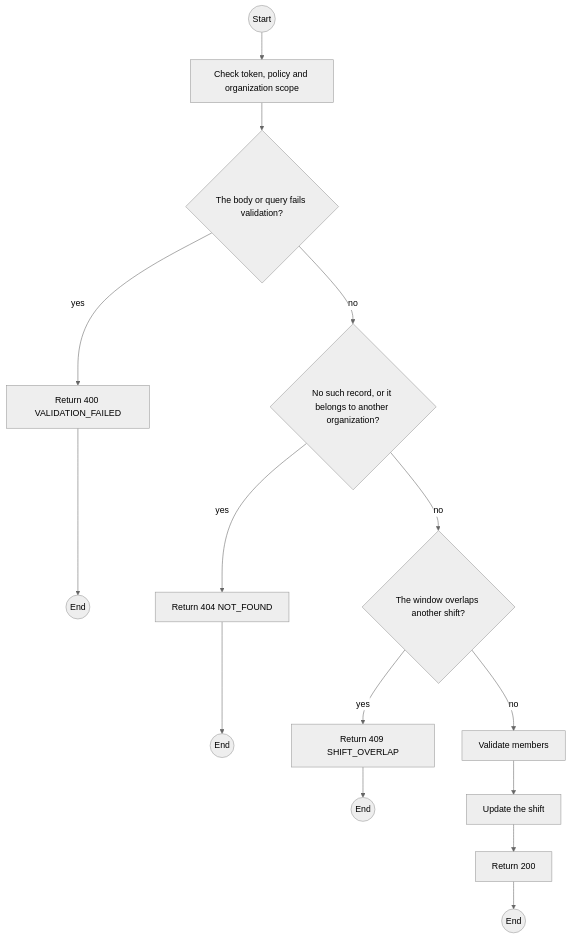
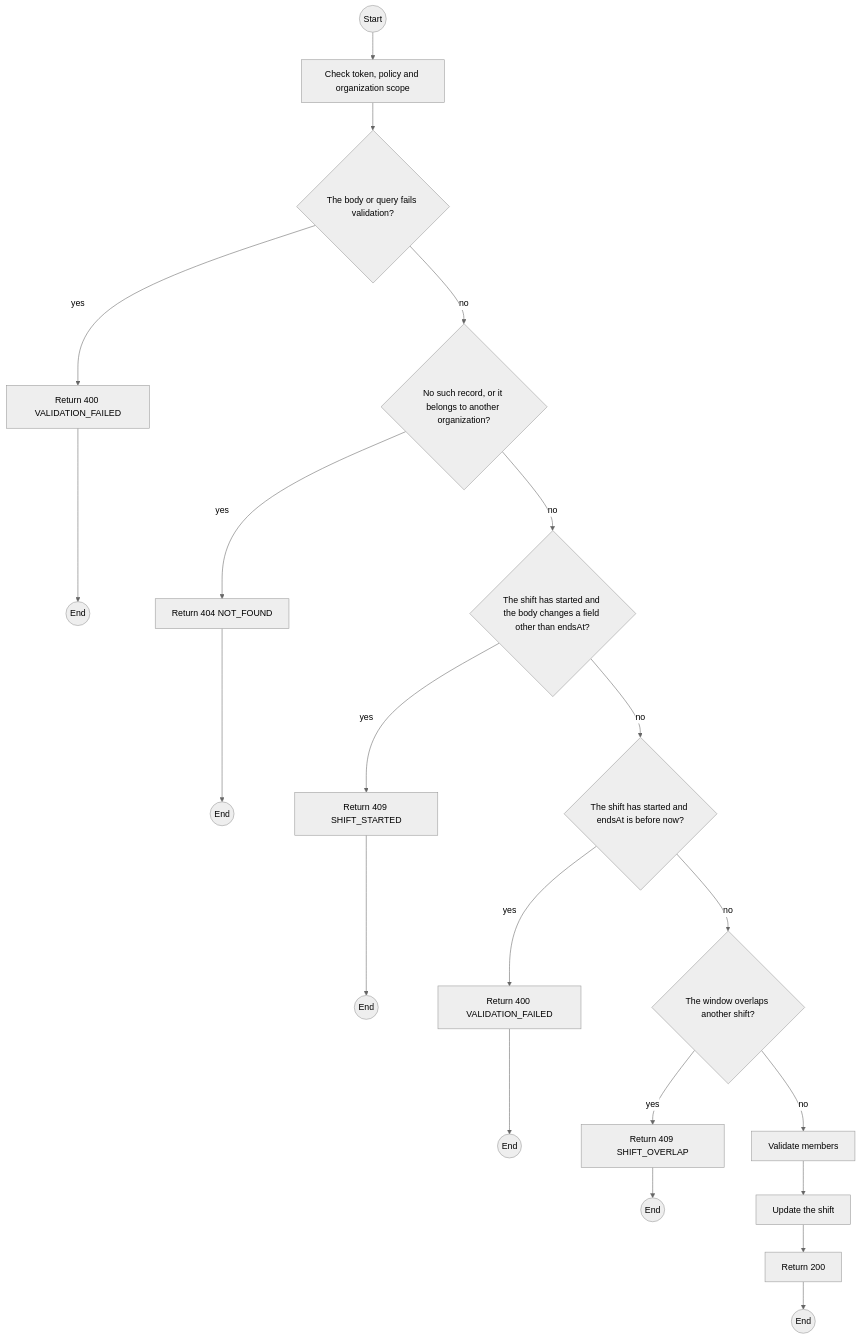
Before and after one commit to TrekLink-Team/treklink-web: the first of 2 diagrams in specs/organizations/api-design/18-patch-organizations-id-roster-shiftid.md, drawn with Mermaid (neutral theme). The commit also changed other lines of this file and 12 other files, not shown here.

First line of the commit message:
docs: organizations rulings for screens 3.3 to 3.6 (compliance case read, action actor, key list, started shift, limits)

````diff
--- a/specs/organizations/api-design/18-patch-organizations-id-roster-shiftid.md
+++ b/specs/organizations/api-design/18-patch-organizations-id-roster-shiftid.md
@@ -162,28 +196,38 @@
 ```mermaid
 flowchart TB
     S((Start))
     A0["Check token, policy and organization scope"]
     S --> A0
     D1{"The body or query fails validation?"}
     A0 --> D1
     E1["Return 400 VALIDATION_FAILED"]
     D1 -->|yes| E1
     E1 --> X1((End))
     D2{"No such record, or it belongs to another organization?"}
     D1 -->|no| D2
     E2["Return 404 NOT_FOUND"]
     D2 -->|yes| E2
     E2 --> X2((End))
-    D3{"The window overlaps another shift?"}
+    D3{"The shift has started and the body changes a field other than endsAt?"}
     D2 -->|no| D3
-    E3["Return 409 SHIFT_OVERLAP"]
+    E3["Return 409 SHIFT_STARTED"]
     D3 -->|yes| E3
     E3 --> X3((End))
+    D4{"The shift has started and endsAt is before now?"}
+    D3 -->|no| D4
+    E4["Return 400 VALIDATION_FAILED"]
+    D4 -->|yes| E4
+    E4 --> X4((End))
+    D5{"The window overlaps another shift?"}
+    D4 -->|no| D5
+    E5["Return 409 SHIFT_OVERLAP"]
+    D5 -->|yes| E5
+    E5 --> X5((End))
     P0["Validate members"]
-    D3 -->|no| P0
+    D5 -->|no| P0
     P1["Update the shift"]
     P0 --> P1
     OK["Return 200"]
     P1 --> OK
     OK --> Z((End))
 ```
````
